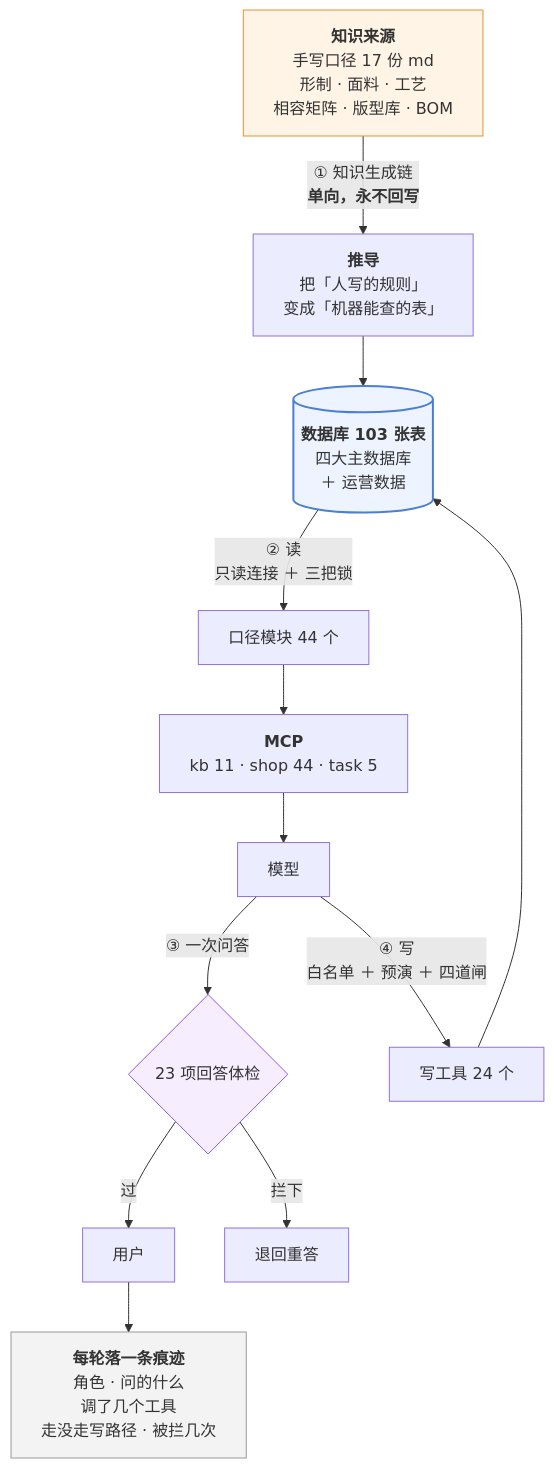
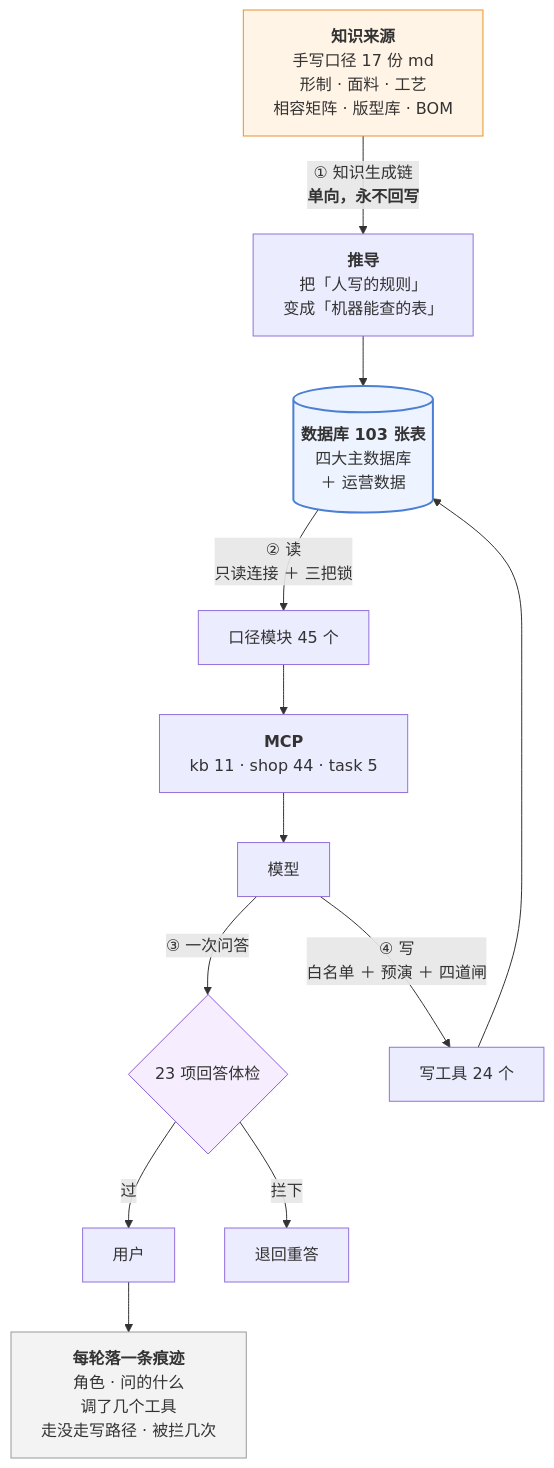
Before and after one commit to 843773296-rgb/lanxiu-yunshang-agent: the third of 3 diagrams in 澜绣云裳agent-产品说明.md, drawn with Mermaid. The commit also changed other lines of this file and 8 other files, not shown here.

````diff
--- a/澜绣云裳agent-产品说明.md
+++ b/澜绣云裳agent-产品说明.md
@@ -867,24 +867,24 @@
 ```mermaid
 flowchart TD
     MD["<b>知识来源</b><br/>手写口径 17 份 md<br/>形制 · 面料 · 工艺<br/>相容矩阵 · 版型库 · BOM"]
     MD -->|"① 知识生成链<br/><b>单向，永不回写</b>"| DV["<b>推导</b><br/>把「人写的规则」<br/>变成「机器能查的表」"]
     DV --> DB[("<b>数据库 103 张表</b><br/>四大主数据库<br/>＋ 运营数据")]
 
-    DB -->|"② 读<br/>只读连接 ＋ 三把锁"| KJ["口径模块 44 个"]
+    DB -->|"② 读<br/>只读连接 ＋ 三把锁"| KJ["口径模块 45 个"]
     KJ --> MCP["<b>MCP</b><br/>kb 11 · shop 44 · task 5"]
     MCP --> LLM["模型"]
 
     LLM -->|"③ 一次问答"| GD{"23 项回答体检"}
     GD -- 过 --> U["用户"]
     GD -- 拦下 --> RE["退回重答"]
 
     LLM -->|"④ 写<br/>白名单 ＋ 预演 ＋ 四道闸"| W["写工具 24 个"]
     W --> DB
 
     U --> TR["<b>每轮落一条痕迹</b><br/>角色 · 问的什么<br/>调了几个工具<br/>走没走写路径 · 被拦几次"]
 
     style MD fill:#fff4e6,stroke:#e8912d
     style DB fill:#eef4ff,stroke:#4a7fd4,stroke-width:2px
     style GD fill:#f6eeff,stroke:#8b5cd6
     style TR fill:#f3f3f3,stroke:#999
 ```
````
